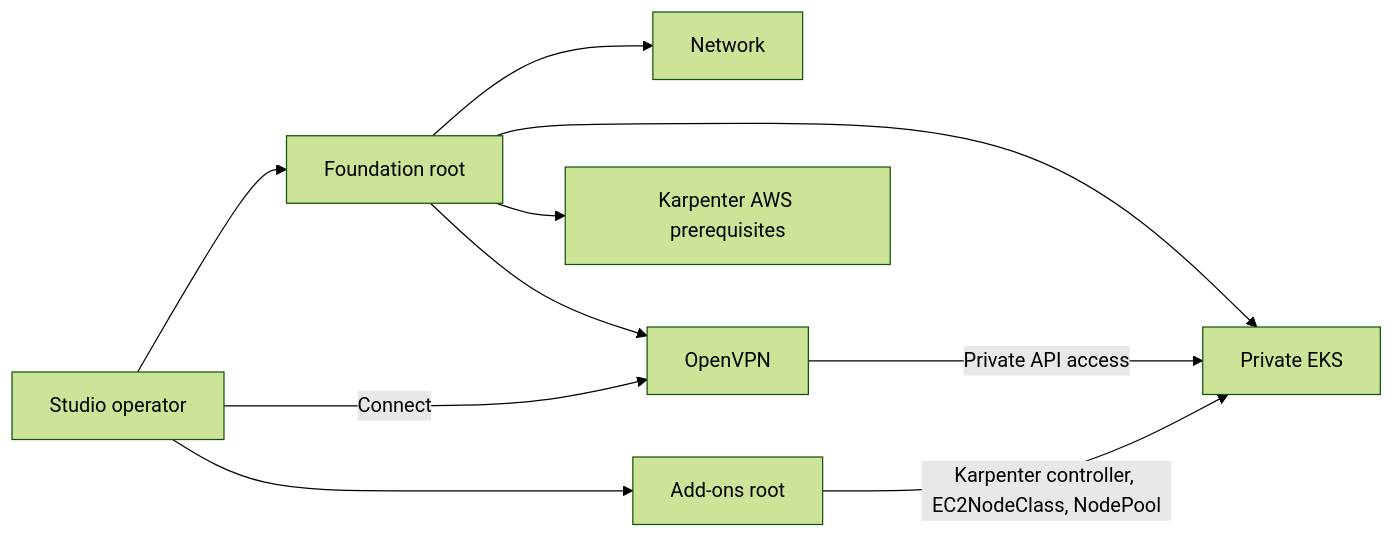
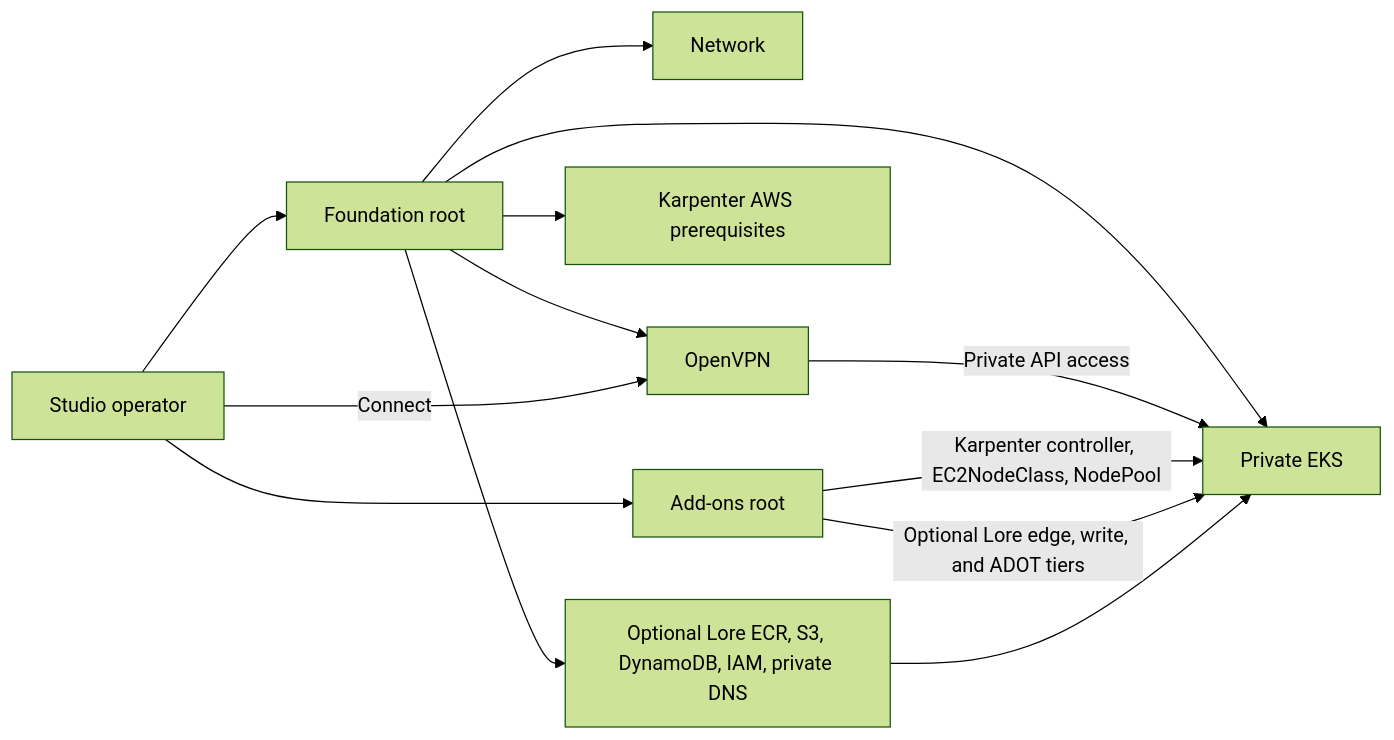
Before and after one commit to UnrealOps/infrastructure: the diagram in README.md, drawn with Mermaid (forest theme). The commit also changed other lines of this file and 75 other files, not shown here.

First line of the commit message:
feat(lore): deploy two-tier asset storage on private EKS (#11)

````diff
--- a/README.md
+++ b/README.md
@@ -53,12 +55,15 @@
 ```mermaid
 flowchart LR
     Operator["Studio operator"] --> Foundation["Foundation root"]
     Foundation --> Network["Network"]
     Foundation --> VPN["OpenVPN"]
     Foundation --> EKS["Private EKS"]
     Foundation --> KarpenterAWS["Karpenter AWS prerequisites"]
+    Foundation --> LoreAWS["Optional Lore ECR, S3, DynamoDB, IAM, private DNS"]
     Operator -->|Connect| VPN
     VPN -->|Private API access| EKS
     Operator --> Addons["Add-ons root"]
     Addons -->|Karpenter controller, EC2NodeClass, NodePool| EKS
+    Addons -->|Optional Lore edge, write, and ADOT tiers| EKS
+    LoreAWS --> EKS
 ```
````
